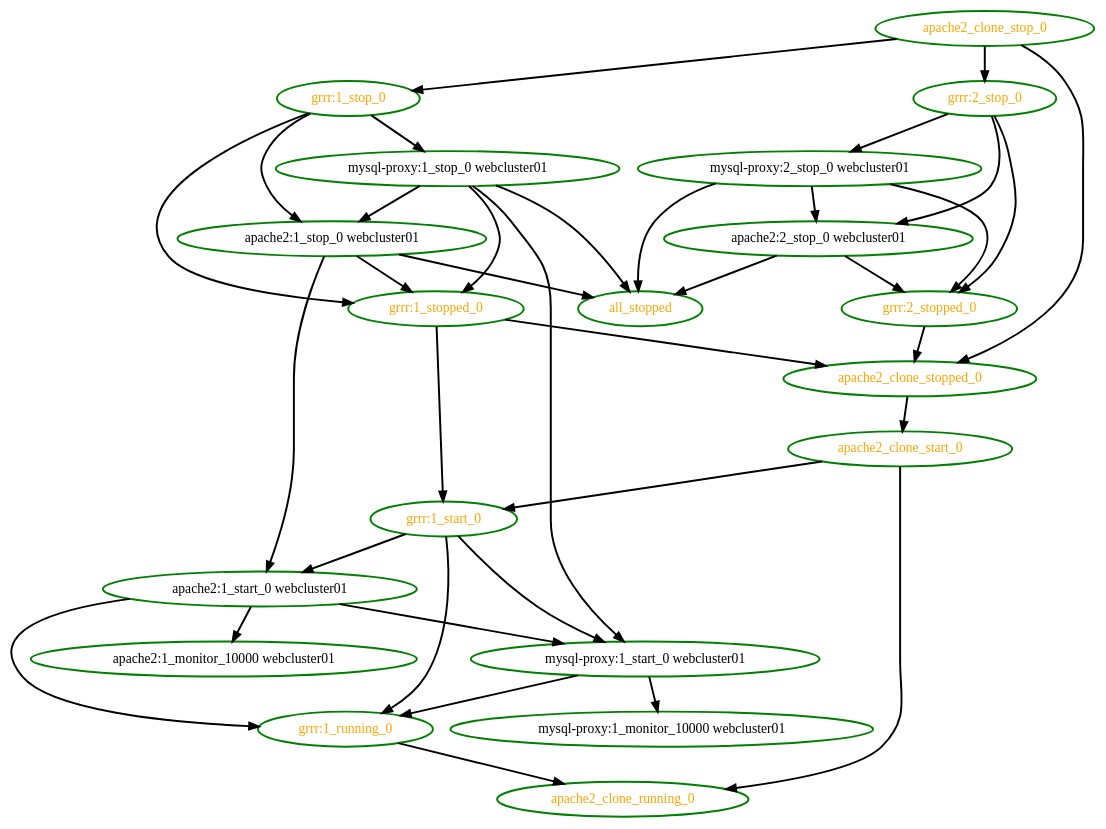
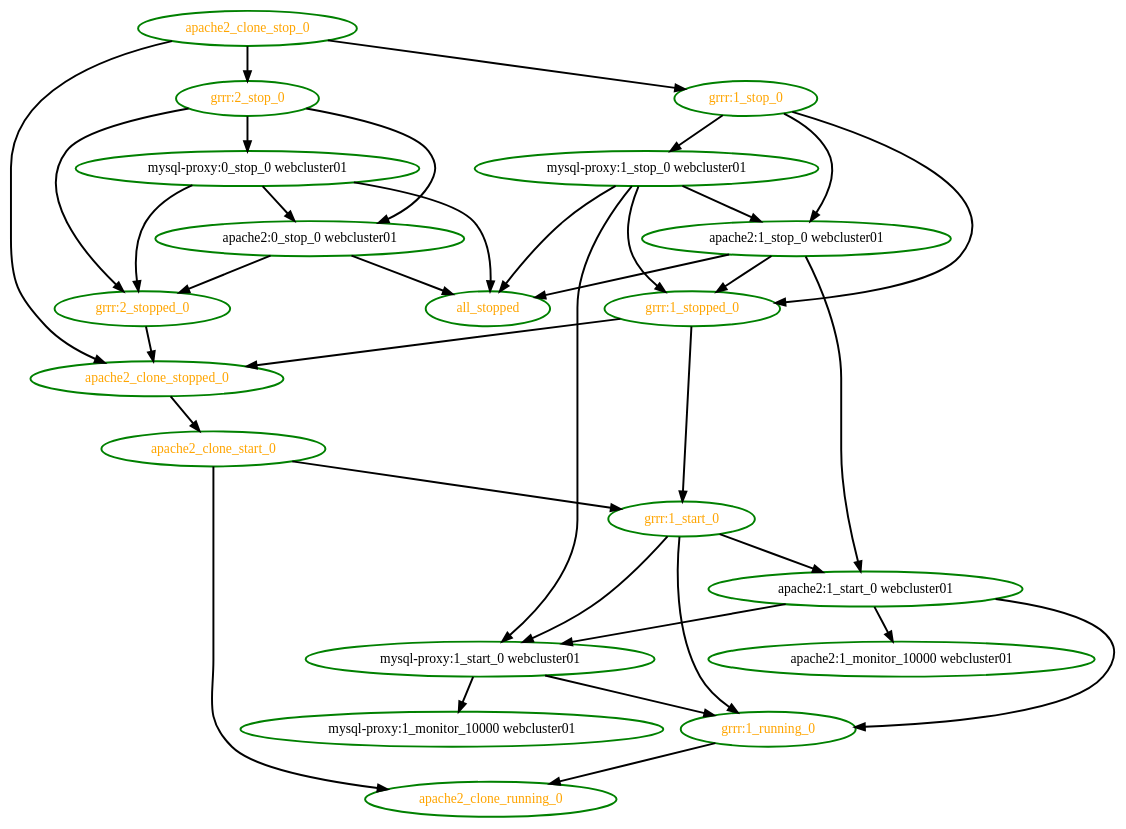
Before and after one commit to ClusterLabs/pacemaker: the diagram in pengine/test10/cloned-group.dot, drawn with Graphviz. The commit also changed 12 other files, not shown here.

First line of the commit message:
Low: PE: Create the dot graphs based on the resource names from the status section

```diff
--- a/pengine/test10/cloned-group.dot
+++ b/pengine/test10/cloned-group.dot
@@ -1,57 +1,57 @@
 digraph "g" {
 "all_stopped" [ style=bold color="green" fontcolor="orange" ]
+"apache2:0_stop_0 webcluster01" -> "all_stopped" [ style = bold]
+"apache2:0_stop_0 webcluster01" -> "grrr:2_stopped_0" [ style = bold]
+"apache2:0_stop_0 webcluster01" [ style=bold color="green" fontcolor="black"]
 "apache2:1_monitor_10000 webcluster01" [ style=bold color="green" fontcolor="black" ]
 "apache2:1_start_0 webcluster01" -> "apache2:1_monitor_10000 webcluster01" [ style = bold]
 "apache2:1_start_0 webcluster01" -> "grrr:1_running_0" [ style = bold]
 "apache2:1_start_0 webcluster01" -> "mysql-proxy:1_start_0 webcluster01" [ style = bold]
 "apache2:1_start_0 webcluster01" [ style=bold color="green" fontcolor="black" ]
 "apache2:1_stop_0 webcluster01" -> "all_stopped" [ style = bold]
 "apache2:1_stop_0 webcluster01" -> "apache2:1_start_0 webcluster01" [ style = bold]
 "apache2:1_stop_0 webcluster01" -> "grrr:1_stopped_0" [ style = bold]
 "apache2:1_stop_0 webcluster01" [ style=bold color="green" fontcolor="black" ]
-"apache2:2_stop_0 webcluster01" -> "all_stopped" [ style = bold]
-"apache2:2_stop_0 webcluster01" -> "grrr:2_stopped_0" [ style = bold]
-"apache2:2_stop_0 webcluster01" [ style=bold color="green" fontcolor="black" ]
 "apache2_clone_running_0" [ style=bold color="green" fontcolor="orange" ]
 "apache2_clone_start_0" -> "apache2_clone_running_0" [ style = bold]
 "apache2_clone_start_0" -> "grrr:1_start_0" [ style = bold]
 "apache2_clone_start_0" [ style=bold color="green" fontcolor="orange" ]
 "apache2_clone_stop_0" -> "apache2_clone_stopped_0" [ style = bold]
 "apache2_clone_stop_0" -> "grrr:1_stop_0" [ style = bold]
 "apache2_clone_stop_0" -> "grrr:2_stop_0" [ style = bold]
 "apache2_clone_stop_0" [ style=bold color="green" fontcolor="orange" ]
 "apache2_clone_stopped_0" -> "apache2_clone_start_0" [ style = bold]
 "apache2_clone_stopped_0" [ style=bold color="green" fontcolor="orange" ]
 "grrr:1_running_0" -> "apache2_clone_running_0" [ style = bold]
 "grrr:1_running_0" [ style=bold color="green" fontcolor="orange" ]
 "grrr:1_start_0" -> "apache2:1_start_0 webcluster01" [ style = bold]
 "grrr:1_start_0" -> "grrr:1_running_0" [ style = bold]
 "grrr:1_start_0" -> "mysql-proxy:1_start_0 webcluster01" [ style = bold]
 "grrr:1_start_0" [ style=bold color="green" fontcolor="orange" ]
 "grrr:1_stop_0" -> "apache2:1_stop_0 webcluster01" [ style = bold]
 "grrr:1_stop_0" -> "grrr:1_stopped_0" [ style = bold]
 "grrr:1_stop_0" -> "mysql-proxy:1_stop_0 webcluster01" [ style = bold]
 "grrr:1_stop_0" [ style=bold color="green" fontcolor="orange" ]
 "grrr:1_stopped_0" -> "apache2_clone_stopped_0" [ style = bold]
 "grrr:1_stopped_0" -> "grrr:1_start_0" [ style = bold]
 "grrr:1_stopped_0" [ style=bold color="green" fontcolor="orange" ]
-"grrr:2_stop_0" -> "apache2:2_stop_0 webcluster01" [ style = bold]
+"grrr:2_stop_0" -> "apache2:0_stop_0 webcluster01" [ style = bold]
 "grrr:2_stop_0" -> "grrr:2_stopped_0" [ style = bold]
-"grrr:2_stop_0" -> "mysql-proxy:2_stop_0 webcluster01" [ style = bold]
+"grrr:2_stop_0" -> "mysql-proxy:0_stop_0 webcluster01" [ style = bold]
 "grrr:2_stop_0" [ style=bold color="green" fontcolor="orange" ]
 "grrr:2_stopped_0" -> "apache2_clone_stopped_0" [ style = bold]
 "grrr:2_stopped_0" [ style=bold color="green" fontcolor="orange" ]
+"mysql-proxy:0_stop_0 webcluster01" -> "all_stopped" [ style = bold]
+"mysql-proxy:0_stop_0 webcluster01" -> "apache2:0_stop_0 webcluster01" [ style = bold]
+"mysql-proxy:0_stop_0 webcluster01" -> "grrr:2_stopped_0" [ style = bold]
+"mysql-proxy:0_stop_0 webcluster01" [ style=bold color="green" fontcolor="black"]
 "mysql-proxy:1_monitor_10000 webcluster01" [ style=bold color="green" fontcolor="black" ]
 "mysql-proxy:1_start_0 webcluster01" -> "grrr:1_running_0" [ style = bold]
 "mysql-proxy:1_start_0 webcluster01" -> "mysql-proxy:1_monitor_10000 webcluster01" [ style = bold]
 "mysql-proxy:1_start_0 webcluster01" [ style=bold color="green" fontcolor="black" ]
 "mysql-proxy:1_stop_0 webcluster01" -> "all_stopped" [ style = bold]
 "mysql-proxy:1_stop_0 webcluster01" -> "apache2:1_stop_0 webcluster01" [ style = bold]
 "mysql-proxy:1_stop_0 webcluster01" -> "grrr:1_stopped_0" [ style = bold]
 "mysql-proxy:1_stop_0 webcluster01" -> "mysql-proxy:1_start_0 webcluster01" [ style = bold]
 "mysql-proxy:1_stop_0 webcluster01" [ style=bold color="green" fontcolor="black" ]
-"mysql-proxy:2_stop_0 webcluster01" -> "all_stopped" [ style = bold]
-"mysql-proxy:2_stop_0 webcluster01" -> "apache2:2_stop_0 webcluster01" [ style = bold]
-"mysql-proxy:2_stop_0 webcluster01" -> "grrr:2_stopped_0" [ style = bold]
-"mysql-proxy:2_stop_0 webcluster01" [ style=bold color="green" fontcolor="black" ]
 }
```
